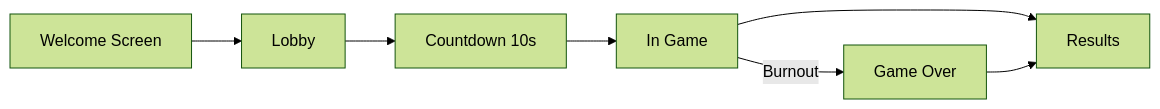
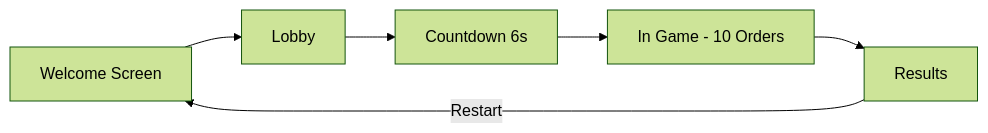
One commit to borissedov/GGJ2026 changed the diagram in MULTIPLAYER_README.md. Above: the diagram before and after it, drawn with Mermaid (forest theme). The commit also changed other lines of this file and 3 other files, not shown here.

````diff
--- a/MULTIPLAYER_README.md
+++ b/MULTIPLAYER_README.md
@@ -25,10 +25,8 @@
 ```mermaid
 graph LR
     Welcome[Welcome Screen] --> Lobby[Lobby]
-    Lobby --> Countdown[Countdown 10s]
-    Countdown --> Game[In Game]
+    Lobby --> Countdown[Countdown 6s]
+    Countdown --> Game[In Game - 10 Orders]
     Game --> Results[Results]
-    
-    Game -->|Burnout| GameOver[Game Over]
-    GameOver --> Results
+    Results -->|Restart| Welcome
 ```
````
